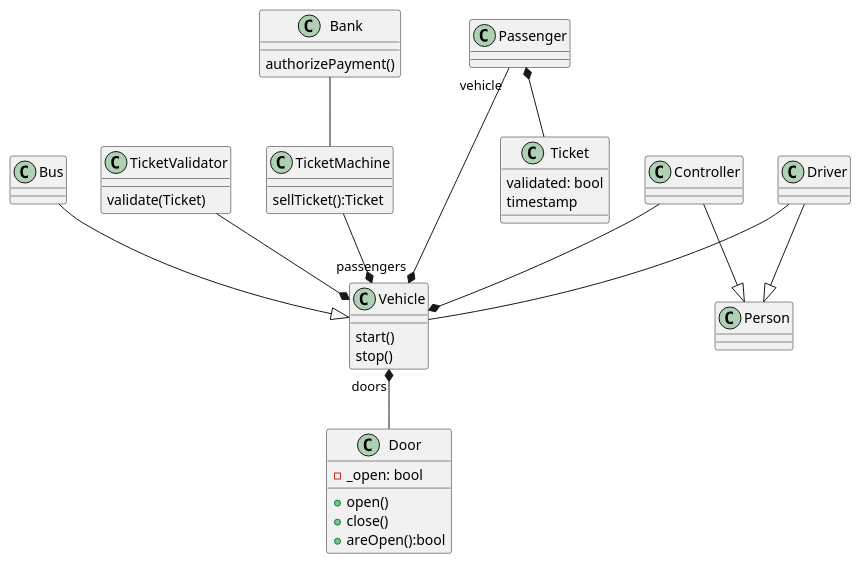
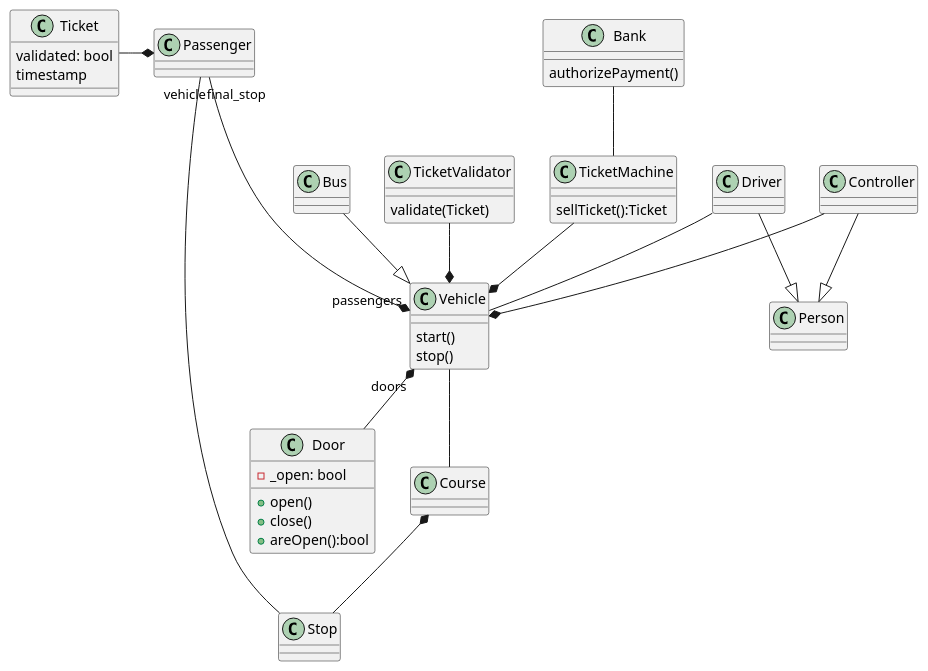
One commit to kpodlaski/ProjektowanieObiektowe_2023-24 changed the diagram in zaoczne/G1/mpk_class_diagram.plantuml. Above: the diagram before and after it, drawn with PlantUML.

Commit message:
activity diagram and changes to class diagrram

```diff
--- a/zaoczne/G1/mpk_class_diagram.plantuml
+++ b/zaoczne/G1/mpk_class_diagram.plantuml
@@ -1,45 +1,52 @@
 @startuml
 class Person 
 class Driver 
 class Controller 
 class Passenger 
 class Bank {
     authorizePayment()
 }
 class Ticket{
     validated: bool
     timestamp
 } 
 class Vehicle{
     'doors: Door[]
     start()
     stop()
 }
 class Bus 
 class Door{
     -_open: bool
     +open() 
     +close()
     +areOpen():bool
 }
 class TicketValidator{
     'validate(t:Ticket)
     validate(Ticket)
 }
 
 class TicketMachine{
     sellTicket():Ticket
 }
 
+class Stop{}
+class Course {}
+
+
 Driver --|> Person
 Controller --|> Person
 Bus --|> Vehicle
 Vehicle "doors" *-- Door
 Driver -right- Vehicle
 Passenger "vehicle" -down--* "passengers" Vehicle
-Passenger *-- Ticket
+Passenger *-left- Ticket
 TicketMachine --* Vehicle
 TicketValidator --* Vehicle
 TicketMachine -up- Bank
 Controller --* Vehicle
+Course *-- Stop
+Vehicle -- Course
+Passenger "final_stop" -- Stop
 @enduml
```
